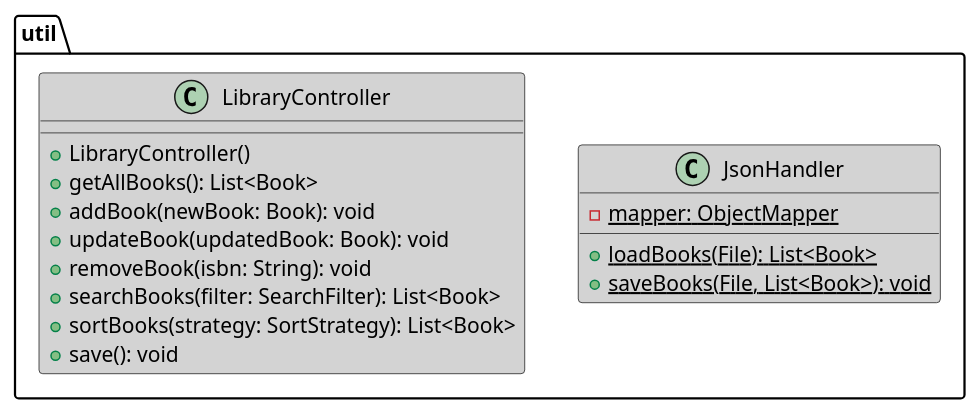
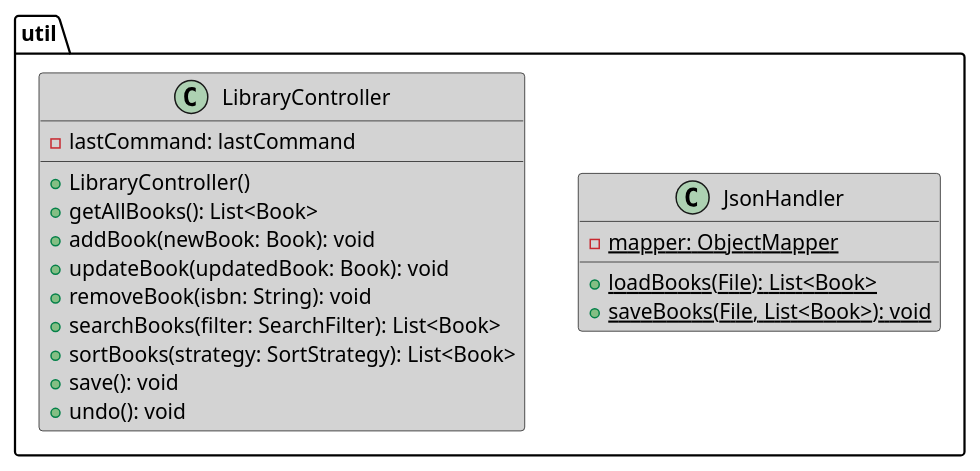
One commit to CaputoCristian/LibreriaPersonale changed the diagram in src/UML/Component/UtilComponentDiagram.puml. Above: the diagram before and after it, drawn with PlantUML. The commit also changed 6 other files, not shown here.

```diff
--- a/src/UML/Component/UtilComponentDiagram.puml
+++ b/src/UML/Component/UtilComponentDiagram.puml
@@ -1,27 +1,29 @@
 @startuml Util Diagram
 
 skinparam class {
     BackgroundColor LightGray
 }
 
 package "util" {
 
     class JsonHandler {
         - {static} mapper: ObjectMapper
         + {static} loadBooks(File): List<Book>
         + {static} saveBooks(File, List<Book>): void
     }
 
     class LibraryController {
+    - lastCommand: lastCommand
     + LibraryController()
     + getAllBooks(): List<Book>
     + addBook(newBook: Book): void
     + updateBook(updatedBook: Book): void
     + removeBook(isbn: String): void
     + searchBooks(filter: SearchFilter): List<Book>
     + sortBooks(strategy: SortStrategy): List<Book>
     + save(): void
+    + undo(): void
     }
 }
 
 @enduml
```
